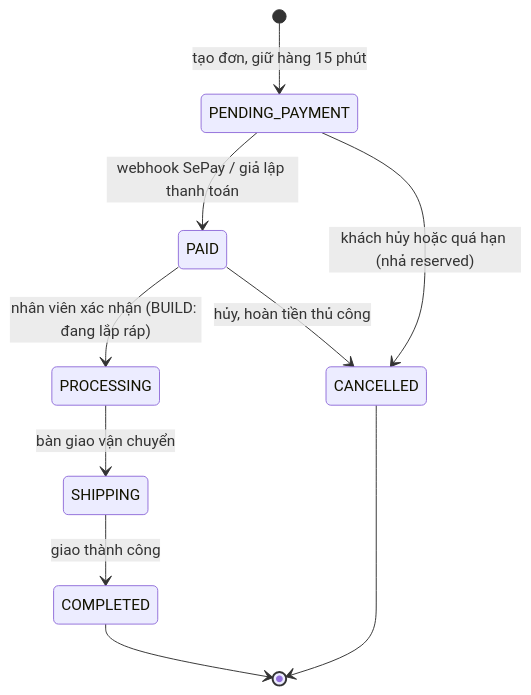
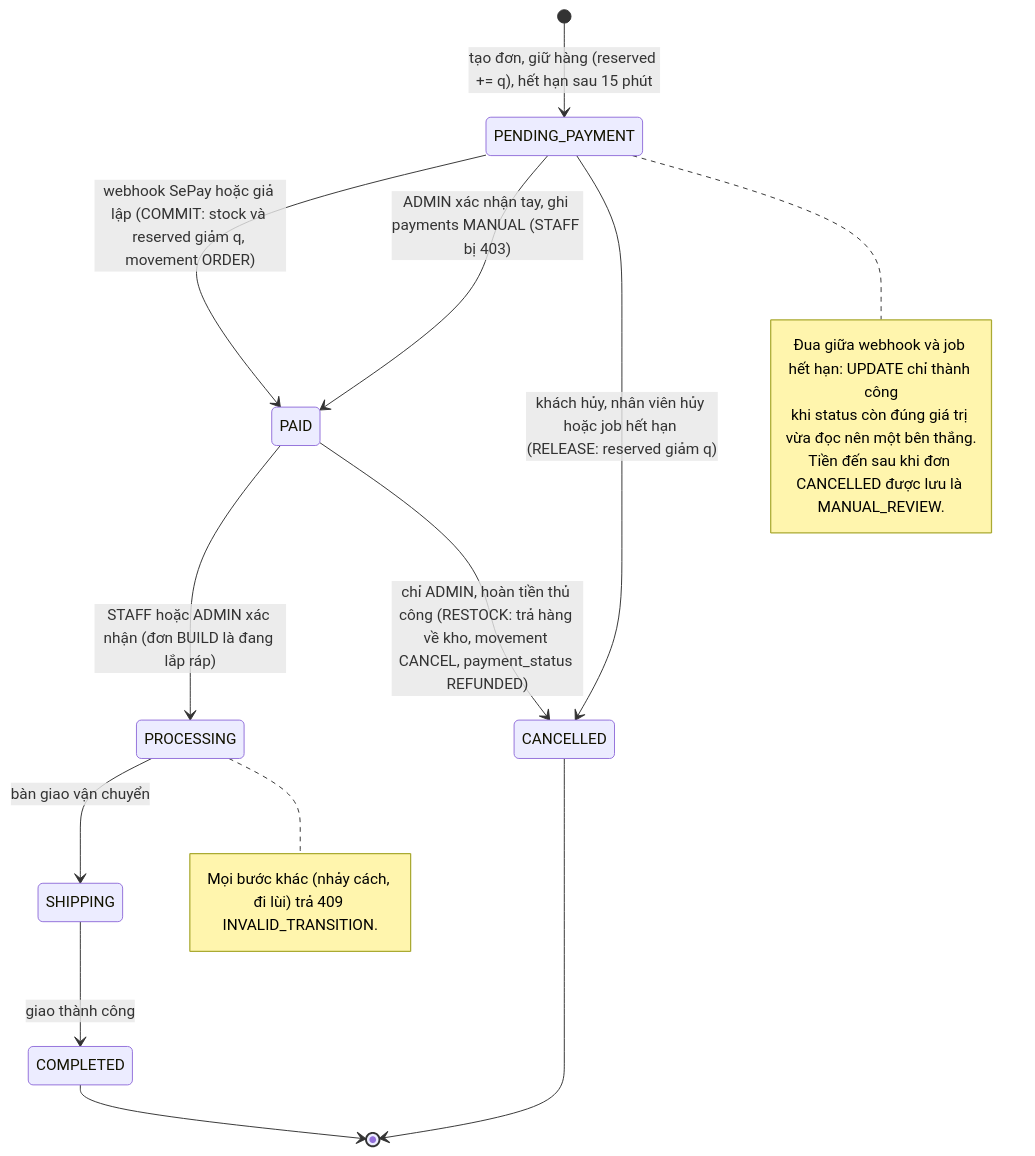
One commit to Okeanosu/pc-builder changed the diagram in docs/diagrams/state-order.mmd. Above: the diagram before and after it, drawn with Mermaid. The commit also changed 7 other files, not shown here.

Commit message:
docs(diagrams): sync ERD, engine classes, AI advisor and checkout sequences, order states and deployment with the code

```diff
--- a/docs/diagrams/state-order.mmd
+++ b/docs/diagrams/state-order.mmd
@@ -1,10 +1,20 @@
+%% Mirrors ORDER_TRANSITIONS in apps/api/src/modules/orders/orders.state.ts. Every change goes through applyTransition (status-guarded UPDATE).
 stateDiagram-v2
-  [*] --> PENDING_PAYMENT: tạo đơn, giữ hàng 15 phút
-  PENDING_PAYMENT --> PAID: webhook SePay / giả lập thanh toán
-  PENDING_PAYMENT --> CANCELLED: khách hủy hoặc quá hạn (nhả reserved)
-  PAID --> PROCESSING: nhân viên xác nhận (BUILD: đang lắp ráp)
-  PAID --> CANCELLED: hủy, hoàn tiền thủ công
+  [*] --> PENDING_PAYMENT: tạo đơn, giữ hàng (reserved += q), hết hạn sau 15 phút
+  PENDING_PAYMENT --> PAID: webhook SePay hoặc giả lập (COMMIT: stock và reserved giảm q, movement ORDER)
+  PENDING_PAYMENT --> PAID: ADMIN xác nhận tay, ghi payments MANUAL (STAFF bị 403)
+  PENDING_PAYMENT --> CANCELLED: khách hủy, nhân viên hủy hoặc job hết hạn (RELEASE: reserved giảm q)
+  PAID --> PROCESSING: STAFF hoặc ADMIN xác nhận (đơn BUILD là đang lắp ráp)
+  PAID --> CANCELLED: chỉ ADMIN, hoàn tiền thủ công (RESTOCK: trả hàng về kho, movement CANCEL, payment_status REFUNDED)
   PROCESSING --> SHIPPING: bàn giao vận chuyển
   SHIPPING --> COMPLETED: giao thành công
   COMPLETED --> [*]
   CANCELLED --> [*]
+  note right of PENDING_PAYMENT
+    Đua giữa webhook và job hết hạn: UPDATE chỉ thành công
+    khi status còn đúng giá trị vừa đọc nên một bên thắng.
+    Tiền đến sau khi đơn CANCELLED được lưu là MANUAL_REVIEW.
+  end note
+  note right of PROCESSING
+    Mọi bước khác (nhảy cách, đi lùi) trả 409 INVALID_TRANSITION.
+  end note
```
